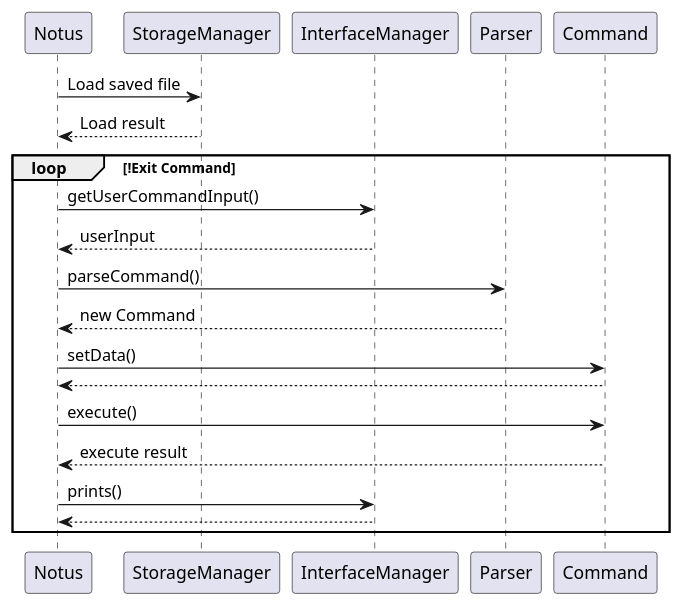
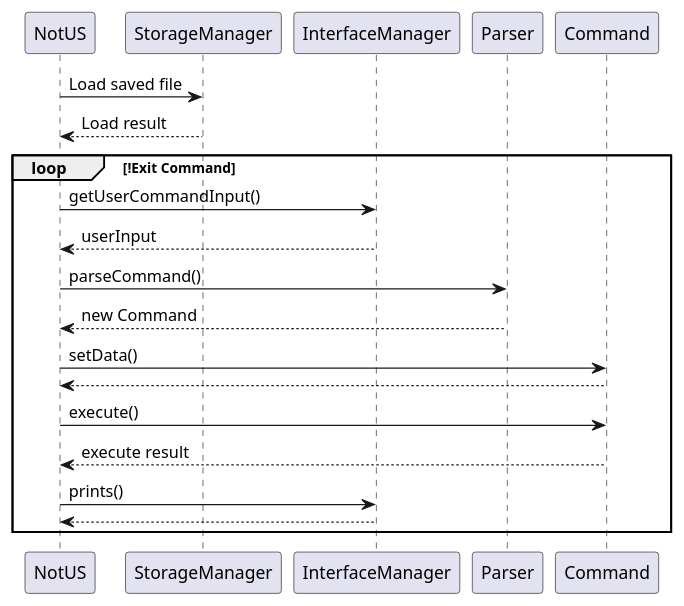
The diagram in docs/diagrams/Notus.puml (nus-cs2113-AY2021S1/tp), drawn with PlantUML before and after one commit.

```diff
--- a/docs/diagrams/Notus.puml
+++ b/docs/diagrams/Notus.puml
@@ -1,21 +1,21 @@
 @startuml
-Notus -> StorageManager: Load saved file
-Notus <-- StorageManager: Load result
+NotUS -> StorageManager: Load saved file
+NotUS <-- StorageManager: Load result
 
 loop !Exit Command
-Notus -> InterfaceManager: getUserCommandInput()
-Notus <-- InterfaceManager: userInput
+NotUS -> InterfaceManager: getUserCommandInput()
+NotUS <-- InterfaceManager: userInput
 
-Notus -> Parser: parseCommand()
-Notus <-- Parser: new Command
+NotUS -> Parser: parseCommand()
+NotUS <-- Parser: new Command
 
-Notus -> Command: setData()
-Notus <-- Command
-Notus -> Command: execute()
-Notus <-- Command: execute result
-Notus -> InterfaceManager: prints()
-Notus <-- InterfaceManager
+NotUS -> Command: setData()
+NotUS <-- Command
+NotUS -> Command: execute()
+NotUS <-- Command: execute result
+NotUS -> InterfaceManager: prints()
+NotUS <-- InterfaceManager
 
 end
 
 @enduml
```
